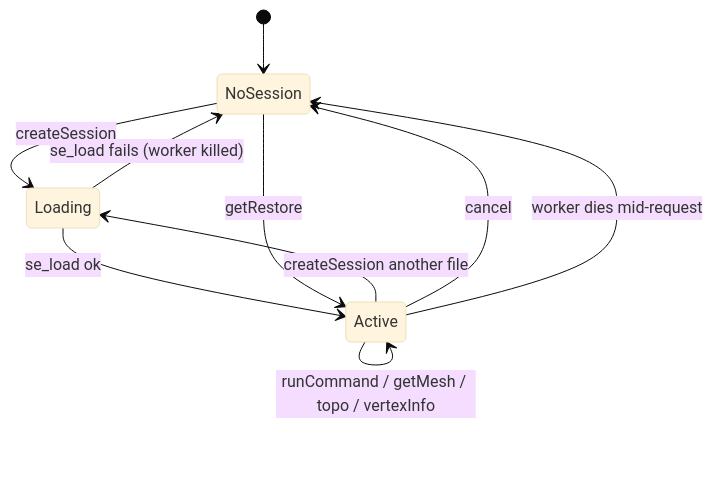
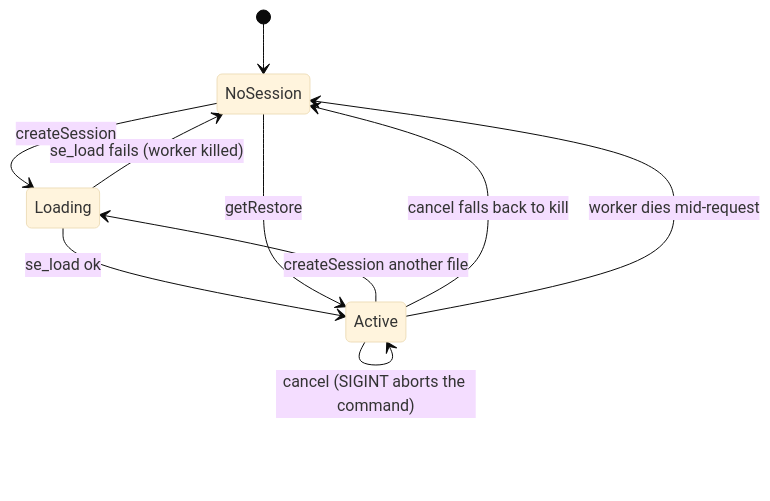
Before and after one commit to sersergious/surface-evolver: the third of 6 diagrams in ARCHITECTURE.md, drawn with Mermaid (base theme). The commit also changed other lines of this file and 18 other files, not shown here.

````diff
--- a/ARCHITECTURE.md
+++ b/ARCHITECTURE.md
@@ -178,12 +178,13 @@
 ```mermaid
 stateDiagram-v2
     [*] --> NoSession
     NoSession --> Loading: createSession
     Loading --> Active: se_load ok
     Loading --> NoSession: se_load fails (worker killed)
     Active --> Loading: createSession another file
     Active --> Active: runCommand / getMesh / topo / vertexInfo
-    Active --> NoSession: cancel
+    Active --> Active: cancel (SIGINT aborts the command)
+    Active --> NoSession: cancel falls back to kill
     Active --> NoSession: worker dies mid-request
     NoSession --> Active: getRestore
 ```
````
